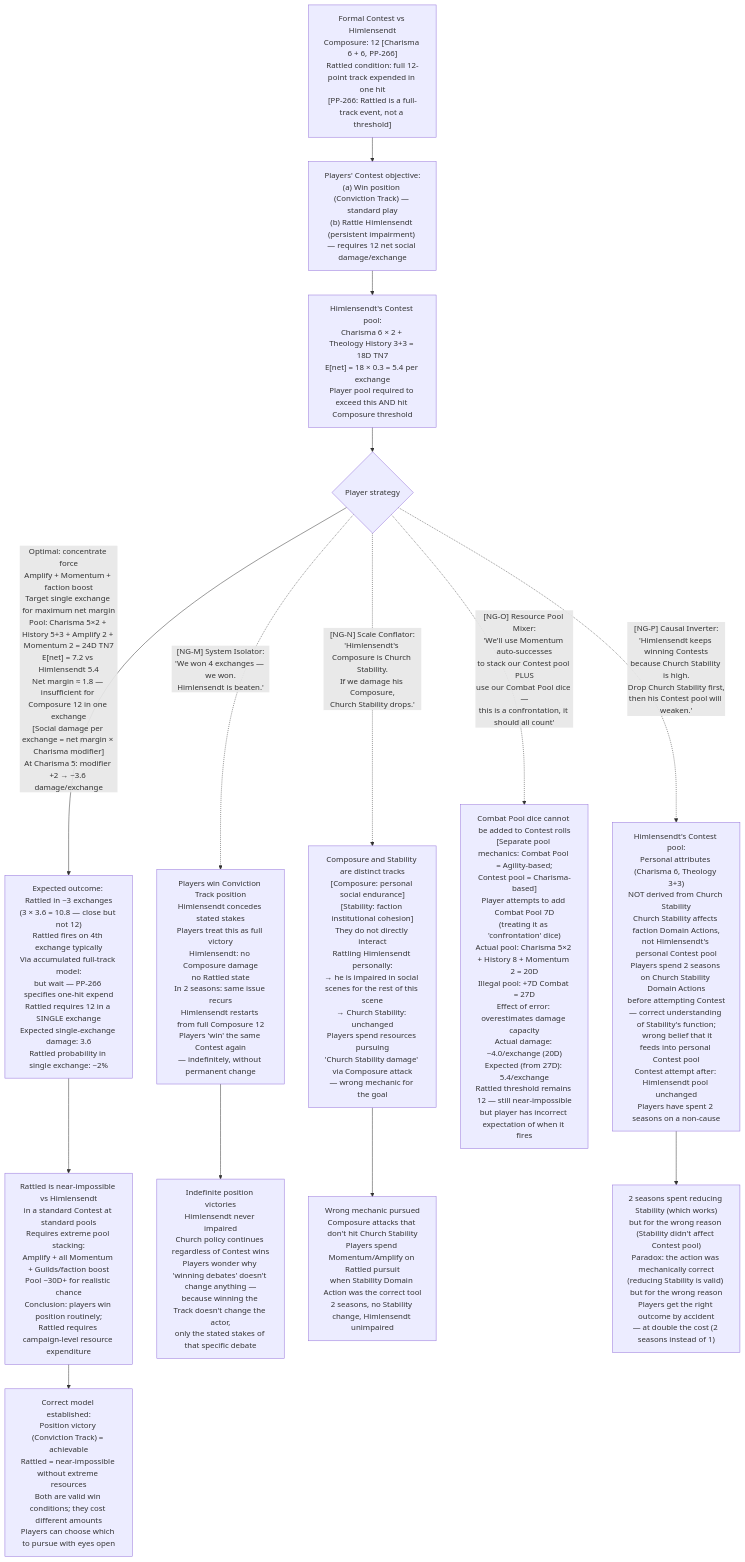
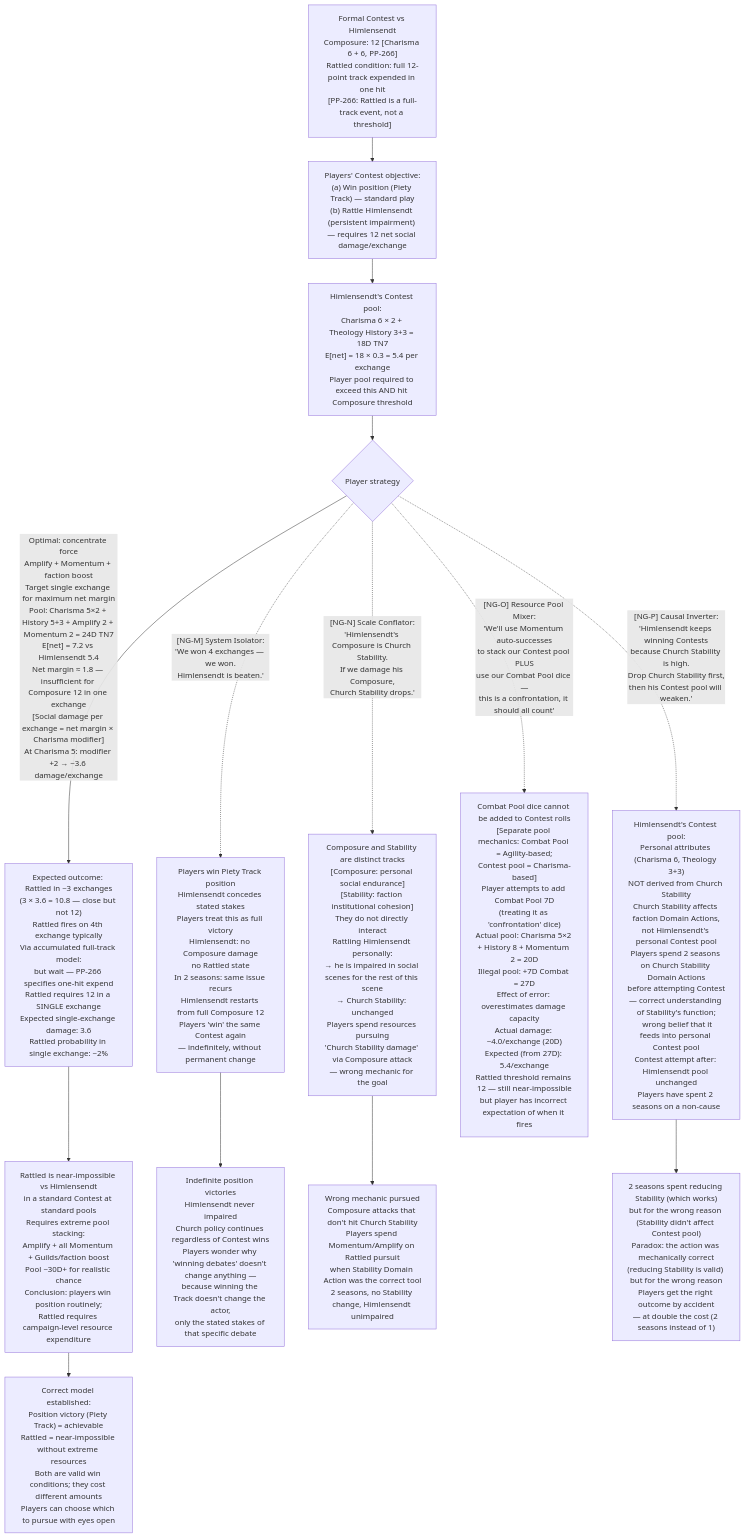
One commit to jordanelias/ttrpg changed the second of 5 diagrams in tests/sim/sim_arc_04_structural_misreaders.md. Above: the diagram before and after it, drawn with Mermaid. The commit also changed other lines of this file and 24 other files, not shown here.

Commit message:
[editorial] vocabulary sweep: tests/skills markdown — TC→CI, Turmoil, Piety Track, First to Speak — batch 2/3

````diff
--- a/tests/sim/sim_arc_04_structural_misreaders.md
+++ b/tests/sim/sim_arc_04_structural_misreaders.md
@@ -95,24 +95,24 @@
 ```mermaid
 flowchart TD
     A["Formal Contest vs Himlensendt\nComposure: 12 [Charisma 6 + 6, PP-266]\nRattled condition: full 12-point track expended in one hit\n[PP-266: Rattled is a full-track event, not a threshold]"]
-    A --> B["Players' Contest objective:\n(a) Win position (Conviction Track) — standard play\n(b) Rattle Himlensendt (persistent impairment) — requires 12 net social damage/exchange"]
+    A --> B["Players' Contest objective:\n(a) Win position (Piety Track) — standard play\n(b) Rattle Himlensendt (persistent impairment) — requires 12 net social damage/exchange"]
     B --> C["Himlensendt's Contest pool:\nCharisma 6 × 2 + Theology History 3+3 = 18D TN7\nE[net] = 18 × 0.3 = 5.4 per exchange\nPlayer pool required to exceed this AND hit Composure threshold"]
 
     C --> D{Player strategy}
 
     D -->|"Optimal: concentrate force\nAmplify + Momentum + faction boost\nTarget single exchange for maximum net margin\nPool: Charisma 5×2 + History 5+3 + Amplify 2 + Momentum 2 = 24D TN7\nE[net] = 7.2 vs Himlensendt 5.4\nNet margin ≈ 1.8 — insufficient for Composure 12 in one exchange\n[Social damage per exchange = net margin × Charisma modifier]\nAt Charisma 5: modifier +2 → ~3.6 damage/exchange"| E["Expected outcome: Rattled in ~3 exchanges\n(3 × 3.6 = 10.8 — close but not 12)\nRattled fires on 4th exchange typically\nVia accumulated full-track model:\nbut wait — PP-266 specifies one-hit expend\nRattled requires 12 in a SINGLE exchange\nExpected single-exchange damage: 3.6\nRattled probability in single exchange: ~2%"]
     E --> F["Rattled is near-impossible vs Himlensendt\nin a standard Contest at standard pools\nRequires extreme pool stacking:\nAmplify + all Momentum + Guilds/faction boost\nPool ~30D+ for realistic chance\nConclusion: players win position routinely;\nRattled requires campaign-level resource expenditure"]
 
-    D -.->|"[NG-M] System Isolator:\n'We won 4 exchanges — we won.\nHimlensendt is beaten.'"| G["Players win Conviction Track position\nHimlensendt concedes stated stakes\nPlayers treat this as full victory\nHimlensendt: no Composure damage\nno Rattled state\nIn 2 seasons: same issue recurs\nHimlensendt restarts from full Composure 12\nPlayers 'win' the same Contest again\n— indefinitely, without permanent change"]
+    D -.->|"[NG-M] System Isolator:\n'We won 4 exchanges — we won.\nHimlensendt is beaten.'"| G["Players win Piety Track position\nHimlensendt concedes stated stakes\nPlayers treat this as full victory\nHimlensendt: no Composure damage\nno Rattled state\nIn 2 seasons: same issue recurs\nHimlensendt restarts from full Composure 12\nPlayers 'win' the same Contest again\n— indefinitely, without permanent change"]
 
     D -.->|"[NG-N] Scale Conflator:\n'Himlensendt's Composure is Church Stability.\nIf we damage his Composure,\nChurch Stability drops.'"| H["Composure and Stability are distinct tracks\n[Composure: personal social endurance]\n[Stability: faction institutional cohesion]\nThey do not directly interact\nRattling Himlensendt personally:\n→ he is impaired in social scenes for the rest of this scene\n→ Church Stability: unchanged\nPlayers spend resources pursuing\n'Church Stability damage' via Composure attack\n— wrong mechanic for the goal"]
 
     D -.->|"[NG-O] Resource Pool Mixer:\n'We'll use Momentum auto-successes\nto stack our Contest pool PLUS\nuse our Combat Pool dice —\nthis is a confrontation, it should all count'"| I["Combat Pool dice cannot be added to Contest rolls\n[Separate pool mechanics: Combat Pool = Agility-based;\nContest pool = Charisma-based]\nPlayer attempts to add Combat Pool 7D\n(treating it as 'confrontation' dice)\nActual pool: Charisma 5×2 + History 8 + Momentum 2 = 20D\nIllegal pool: +7D Combat = 27D\nEffect of error: overestimates damage capacity\nActual damage: ~4.0/exchange (20D)\nExpected (from 27D): 5.4/exchange\nRattled threshold remains 12 — still near-impossible\nbut player has incorrect expectation of when it fires"]
 
     D -.->|"[NG-P] Causal Inverter:\n'Himlensendt keeps winning Contests\nbecause Church Stability is high.\nDrop Church Stability first,\nthen his Contest pool will weaken.'"| J["Himlensendt's Contest pool:\nPersonal attributes (Charisma 6, Theology 3+3)\nNOT derived from Church Stability\nChurch Stability affects faction Domain Actions,\nnot Himlensendt's personal Contest pool\nPlayers spend 2 seasons on Church Stability Domain Actions\nbefore attempting Contest\n— correct understanding of Stability's function;\n  wrong belief that it feeds into personal Contest pool\nContest attempt after: Himlensendt pool unchanged\nPlayers have spent 2 seasons on a non-cause"]
 
-    F --> K["Correct model established:\nPosition victory (Conviction Track) = achievable\nRattled = near-impossible without extreme resources\nBoth are valid win conditions; they cost different amounts\nPlayers can choose which to pursue with eyes open"]
+    F --> K["Correct model established:\nPosition victory (Piety Track) = achievable\nRattled = near-impossible without extreme resources\nBoth are valid win conditions; they cost different amounts\nPlayers can choose which to pursue with eyes open"]
     G --> L["Indefinite position victories\nHimlensendt never impaired\nChurch policy continues regardless of Contest wins\nPlayers wonder why 'winning debates' doesn't change anything —\nbecause winning the Track doesn't change the actor,\nonly the stated stakes of that specific debate"]
     H --> M["Wrong mechanic pursued\nComposure attacks that don't hit Church Stability\nPlayers spend Momentum/Amplify on Rattled pursuit\nwhen Stability Domain Action was the correct tool\n2 seasons, no Stability change, Himlensendt unimpaired"]
     J --> N["2 seasons spent reducing Stability (which works)\nbut for the wrong reason (Stability didn't affect Contest pool)\nParadox: the action was mechanically correct\n(reducing Stability is valid) but for the wrong reason\nPlayers get the right outcome by accident\n— at double the cost (2 seasons instead of 1)"]
 ```
````
